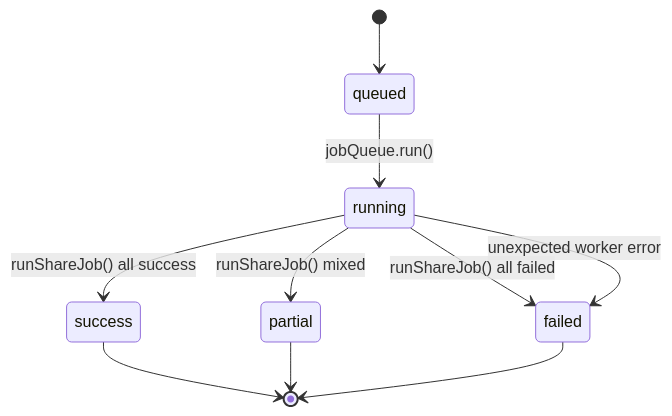
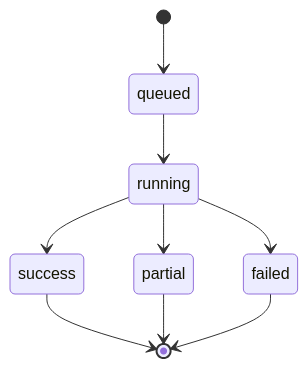
One commit to LightningGroup/youtube-private-video-share-service changed the sixth of 6 diagrams in README.md. Above: the diagram before and after it, drawn with Mermaid. The commit also changed other lines of this file, not shown here.

Commit message:
docs: expand README with code-accurate runtime and automation flows

````diff
--- a/README.md
+++ b/README.md
@@ -439,12 +312,11 @@
 ```mermaid
 stateDiagram-v2
     [*] --> queued
-    queued --> running: jobQueue.run()
-    running --> success: runShareJob() all success
-    running --> partial: runShareJob() mixed
-    running --> failed: runShareJob() all failed
-    running --> failed: unexpected worker error
+    queued --> running
+    running --> success
+    running --> partial
+    running --> failed
     success --> [*]
     partial --> [*]
     failed --> [*]
 ```
````
